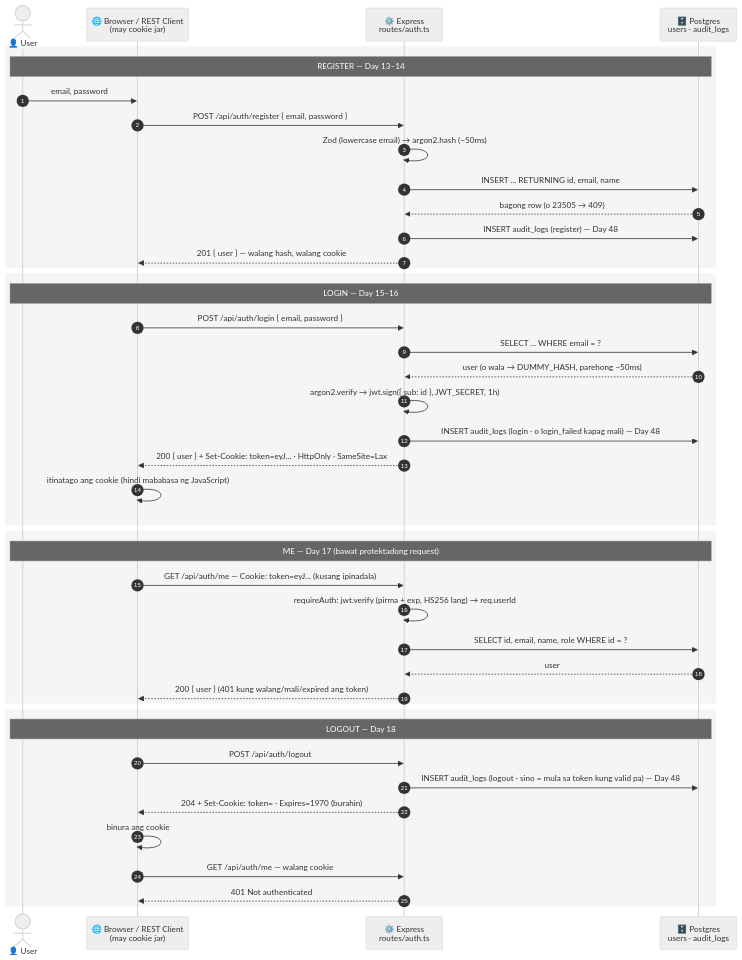
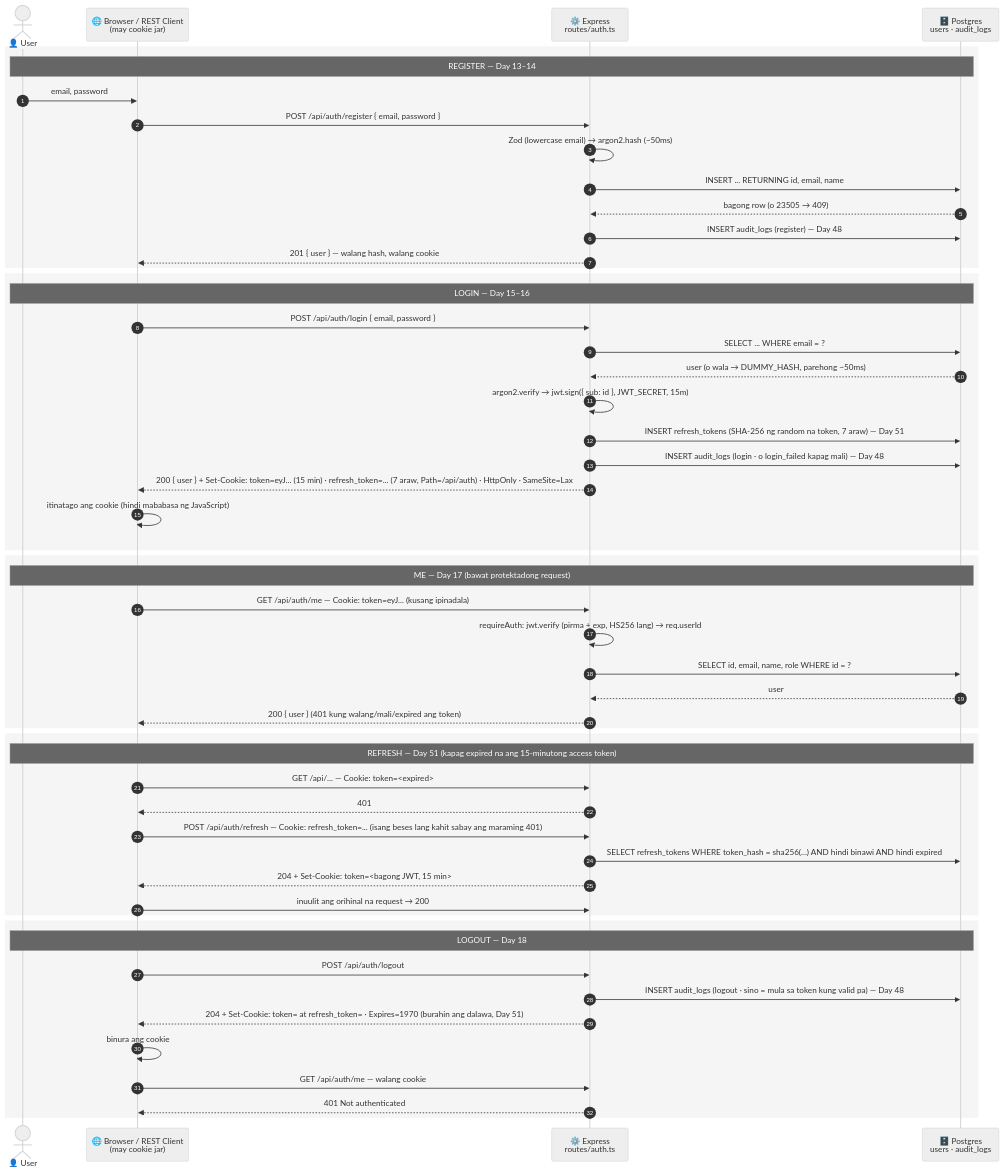
One commit to nelson1869-ai/auth-learning changed the diagram in docs/diagrams/06-auth-sequence.md. Above: the diagram before and after it, drawn with Mermaid (neutral theme). The commit also changed other lines of this file and 22 other files, not shown here.

````diff
--- a/docs/diagrams/06-auth-sequence.md
+++ b/docs/diagrams/06-auth-sequence.md
@@ -12,49 +12,60 @@
 ```mermaid
 sequenceDiagram
     autonumber
     actor U as 👤 User
     participant B as 🌐 Browser / REST Client<br/>(may cookie jar)
     participant S as ⚙️ Express<br/>routes/auth.ts
     participant D as 🗄️ Postgres<br/>users · audit_logs
 
     rect rgba(128,128,128,0.08)
     Note over U,D: REGISTER — Day 13–14
     U->>B: email, password
     B->>S: POST /api/auth/register { email, password }
     S->>S: Zod (lowercase email) → argon2.hash (~50ms)
     S->>D: INSERT ... RETURNING id, email, name
     D-->>S: bagong row (o 23505 → 409)
     S->>D: INSERT audit_logs (register) — Day 48
     S-->>B: 201 { user } — walang hash, walang cookie
     end
 
     rect rgba(128,128,128,0.08)
     Note over U,D: LOGIN — Day 15–16
     B->>S: POST /api/auth/login { email, password }
     S->>D: SELECT ... WHERE email = ?
     D-->>S: user (o wala → DUMMY_HASH, parehong ~50ms)
-    S->>S: argon2.verify → jwt.sign({ sub: id }, JWT_SECRET, 1h)
+    S->>S: argon2.verify → jwt.sign({ sub: id }, JWT_SECRET, 15m)
+    S->>D: INSERT refresh_tokens (SHA-256 ng random na token, 7 araw) — Day 51
     S->>D: INSERT audit_logs (login · o login_failed kapag mali) — Day 48
-    S-->>B: 200 { user } + Set-Cookie: token=eyJ... · HttpOnly · SameSite=Lax
+    S-->>B: 200 { user } + Set-Cookie: token=eyJ... (15 min) · refresh_token=... (7 araw, Path=/api/auth) · HttpOnly · SameSite=Lax
     B->>B: itinatago ang cookie (hindi mababasa ng JavaScript)
     end
 
     rect rgba(128,128,128,0.08)
     Note over U,D: ME — Day 17 (bawat protektadong request)
     B->>S: GET /api/auth/me — Cookie: token=eyJ... (kusang ipinadala)
     S->>S: requireAuth: jwt.verify (pirma + exp, HS256 lang) → req.userId
     S->>D: SELECT id, email, name, role WHERE id = ?
     D-->>S: user
     S-->>B: 200 { user } (401 kung walang/mali/expired ang token)
     end
 
     rect rgba(128,128,128,0.08)
+    Note over U,D: REFRESH — Day 51 (kapag expired na ang 15-minutong access token)
+    B->>S: GET /api/... — Cookie: token=<expired>
+    S-->>B: 401
+    B->>S: POST /api/auth/refresh — Cookie: refresh_token=... (isang beses lang kahit sabay ang maraming 401)
+    S->>D: SELECT refresh_tokens WHERE token_hash = sha256(...) AND hindi binawi AND hindi expired
+    S-->>B: 204 + Set-Cookie: token=<bagong JWT, 15 min>
+    B->>S: inuulit ang orihinal na request → 200
+    end
+
+    rect rgba(128,128,128,0.08)
     Note over U,D: LOGOUT — Day 18
     B->>S: POST /api/auth/logout
     S->>D: INSERT audit_logs (logout · sino = mula sa token kung valid pa) — Day 48
-    S-->>B: 204 + Set-Cookie: token= · Expires=1970 (burahin)
+    S-->>B: 204 + Set-Cookie: token= at refresh_token= · Expires=1970 (burahin ang dalawa, Day 51)
     B->>B: binura ang cookie
     B->>S: GET /api/auth/me — walang cookie
     S-->>B: 401 Not authenticated
     end
 ```
````
